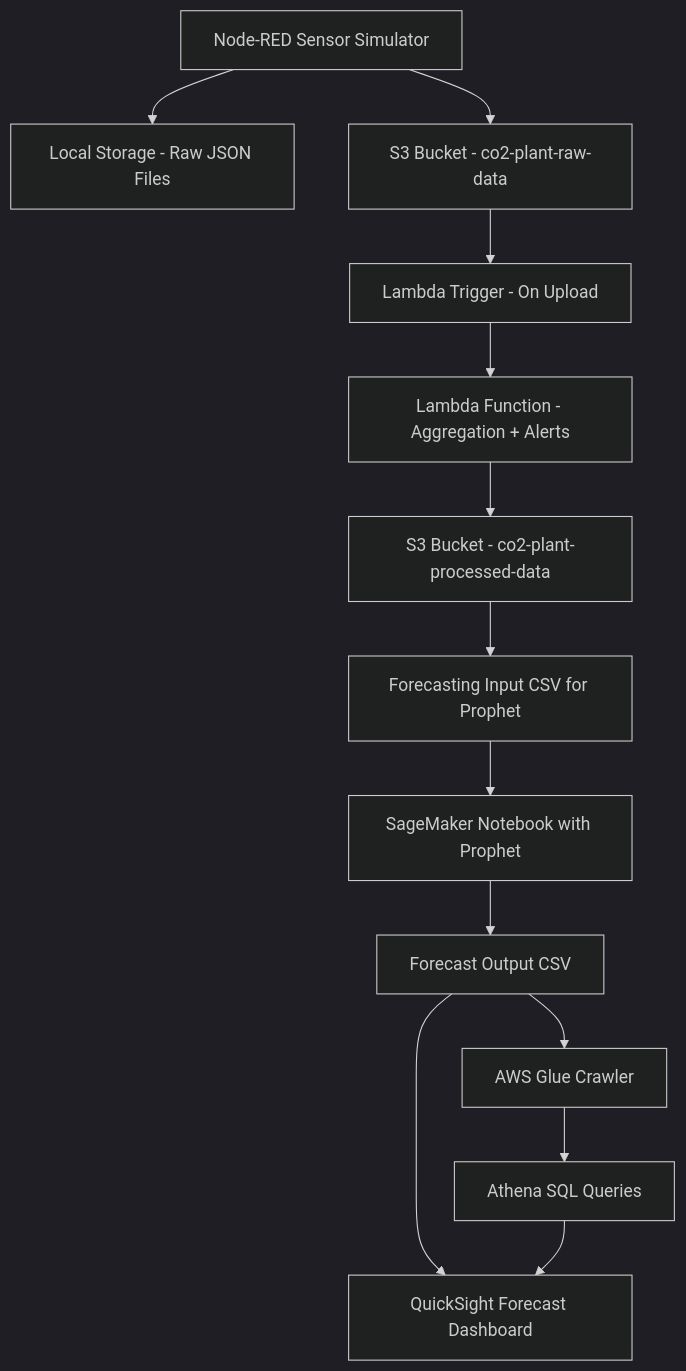
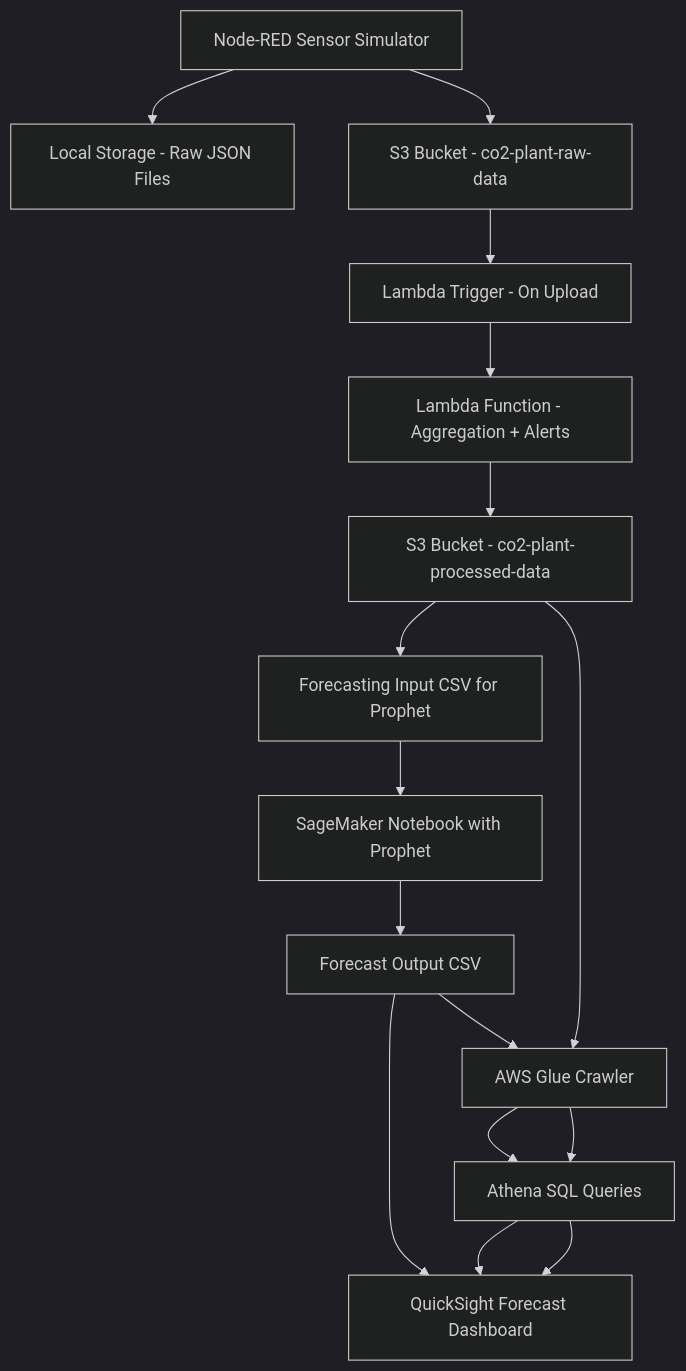
Before and after one commit to Vijay9397/GCT-Case-Study: the diagram in README.md, drawn with Mermaid (dark theme).

Commit message:
updated Architecture

````diff
--- a/README.md
+++ b/README.md
@@ -218,16 +218,19 @@
 ```mermaid
 graph TD
   A[Node-RED Sensor Simulator]
   A --> B[Local Storage - Raw JSON Files]
   A --> C[S3 Bucket - co2-plant-raw-data]
   C --> D[Lambda Trigger - On Upload]
   D --> E[Lambda Function - Aggregation + Alerts]
   E --> F[S3 Bucket - co2-plant-processed-data]
   F --> G1[Forecasting Input CSV for Prophet]
   G1 --> G2[SageMaker Notebook with Prophet]
   G2 --> G3[Forecast Output CSV]
   G3 --> H[AWS Glue Crawler]
   H --> I[Athena SQL Queries]
   G3 --> J[QuickSight Forecast Dashboard]
+  F --> H[AWS Glue Crawler]
+  H --> I[Athena SQL Queries]
+  I --> J[QuickSight Forecast Dashboard]
   I --> J
 ```
````
